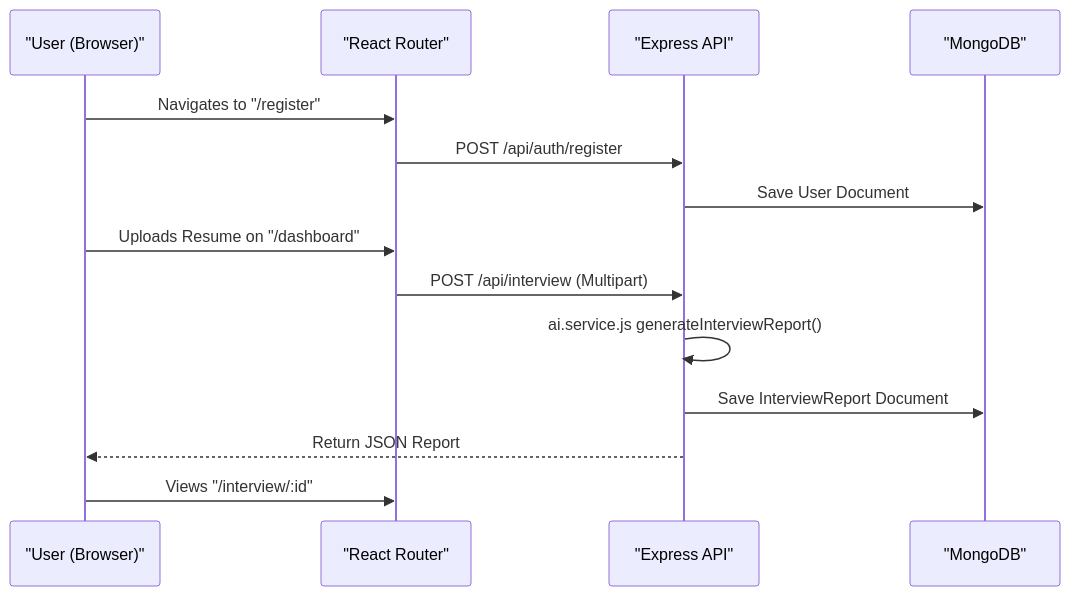
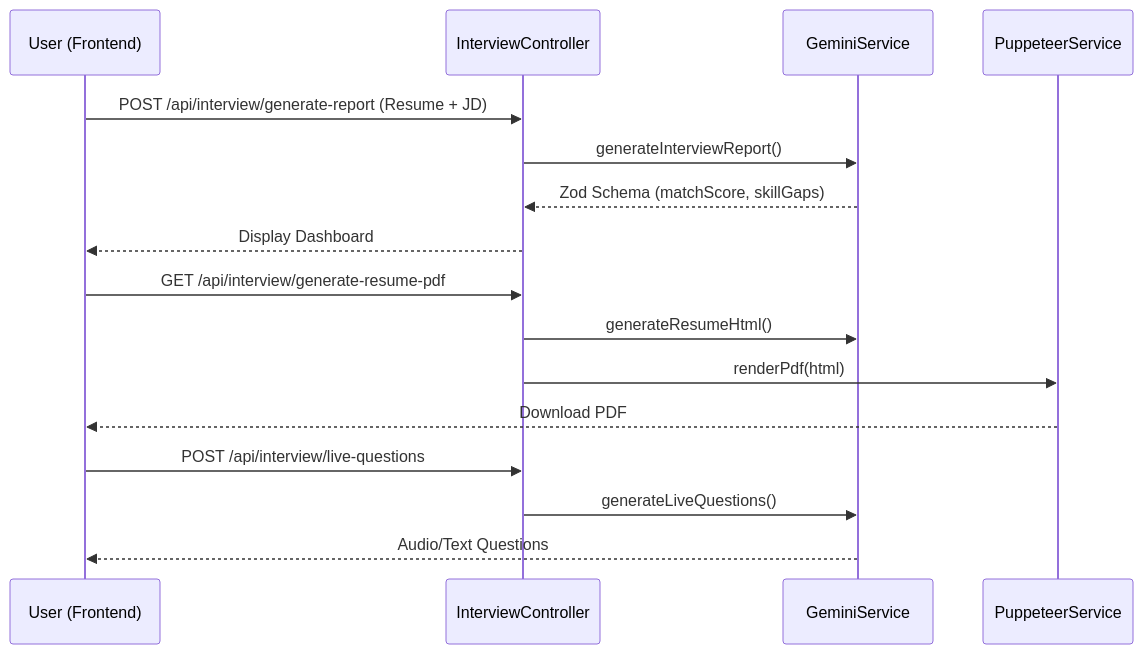
The second of 15 diagrams in README.md (harshitzofficial/Job-Prep-Platform), drawn with Mermaid before and after one commit. The commit also changed other lines of this file, not shown here.

````diff
--- a/README.md
+++ b/README.md
@@ -88,17 +189,21 @@
 ```mermaid
 sequenceDiagram
-    participant U as "User (Browser)"
-    participant R as "React Router"
-    participant A as "Express API"
-    participant D as "MongoDB"
-
-    U->>R: Navigates to "/register"
-    R->>A: POST /api/auth/register
-    A->>D: Save User Document
-    U->>R: Uploads Resume on "/dashboard"
-    R->>A: POST /api/interview (Multipart)
-    A->>A: ai.service.js generateInterviewReport()
-    A->>D: Save InterviewReport Document
-    A-->>U: Return JSON Report
-    U->>R: Views "/interview/:id"
+    participant U as User (Frontend)
+    participant C as InterviewController
+    participant G as GeminiService
+    participant P as PuppeteerService
+ 
+    U->>C: POST /api/interview/generate-report (Resume + JD)
+    C->>G: generateInterviewReport()
+    G-->>C: Zod Schema (matchScore, skillGaps)
+    C-->>U: Display Dashboard
+ 
+    U->>C: GET /api/interview/generate-resume-pdf
+    C->>G: generateResumeHtml()
+    C->>P: renderPdf(html)
+    P-->>U: Download PDF
+ 
+    U->>C: POST /api/interview/live-questions
+    C->>G: generateLiveQuestions()
+    G-->>U: Audio/Text Questions
 ```
````
